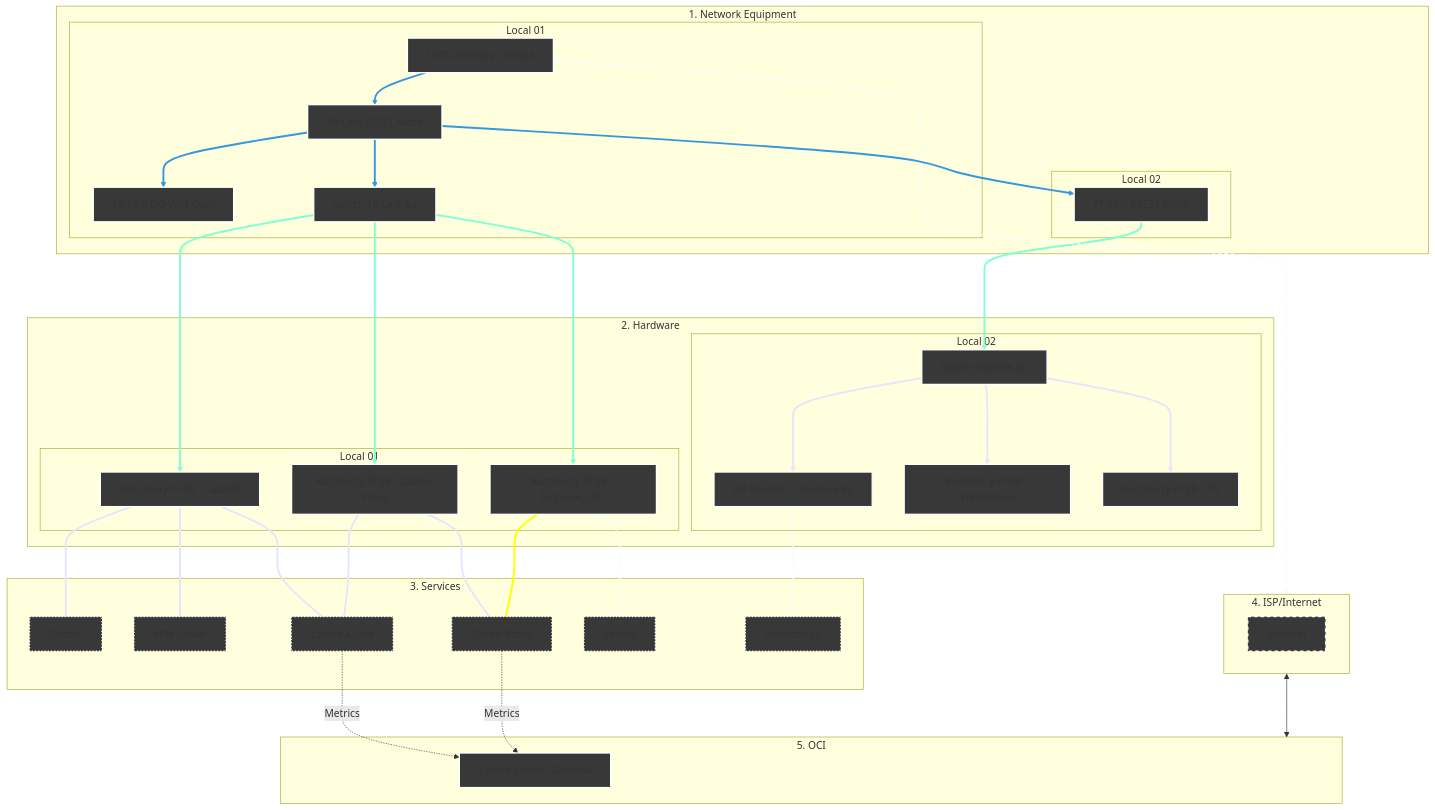
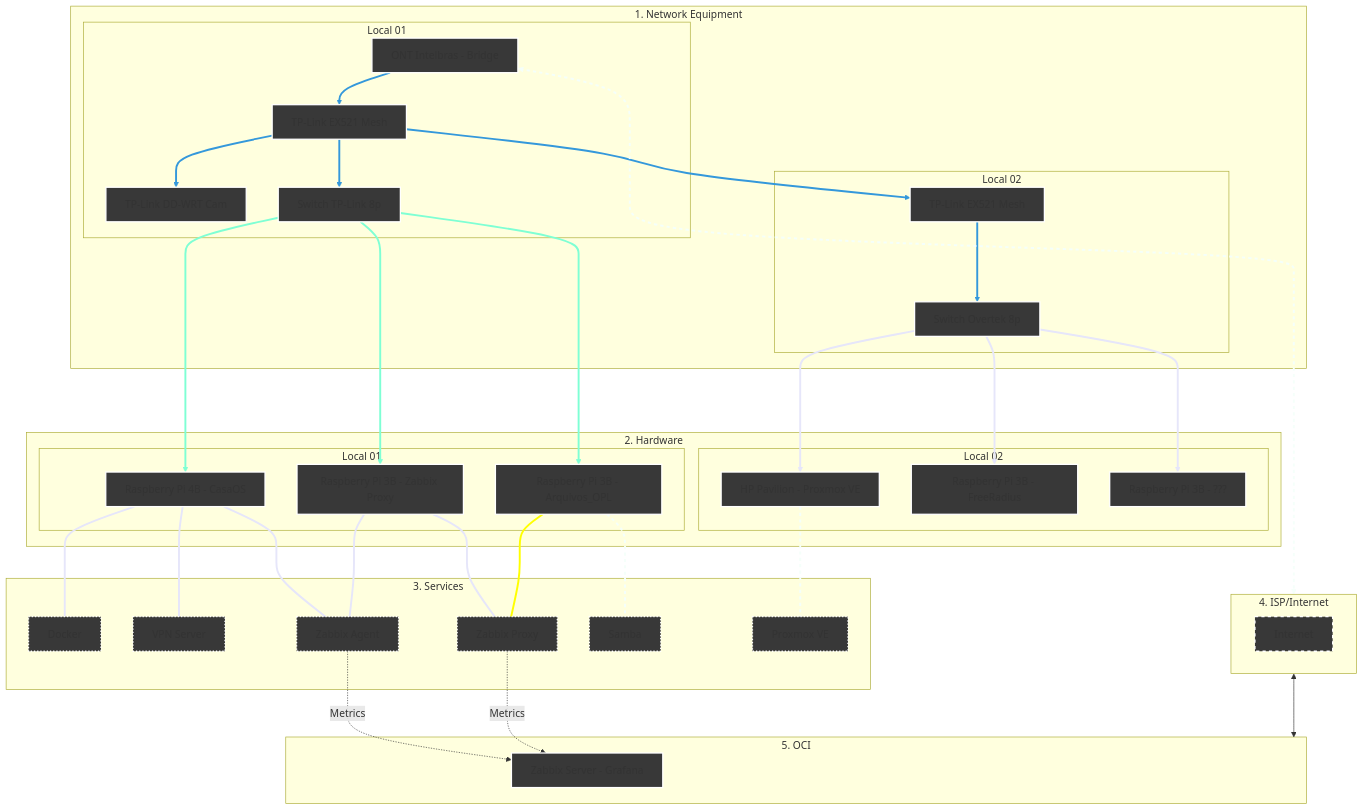
The diagram in Infrastructure/README.md (kevindexter22/Dr-Hardware-Autonet), drawn with Mermaid before and after one commit.

Commit message:
Revise network and hardware connections in README
Updated network and hardware connections in the diagram. Adjusted link styles for better visualization.

````diff
--- a/Infrastructure/README.md
+++ b/Infrastructure/README.md
@@ -13,75 +13,75 @@
 ```mermaid
 graph TD
     %% Styles
     classDef network fill:#383838,stroke:#FFFFFF,stroke-width:2px;
     classDef hardware fill:#383838,stroke:#FFFFFF,stroke-width:2px;
     classDef internet fill:#383838,stroke:#FFFFFF,stroke-width:2px,stroke-dasharray: 5 5;
     classDef services fill:#383838,stroke:#FFFFFF,stroke-width:2px, stroke-dasharray: 2 3;
     classDef oci fill:#383838,stroke:#FFFFFF,stroke-width:2px;
 
     %% 1. NETWORK EQUIPMENT
     subgraph Principal["1. Network Equipment"]
     subgraph S1 [Local 01]
         ONT[ONT Intelbras - Bridge]:::network --> R_Mesh1[TP-Link EX521 Mesh]:::network
         R_Mesh1 --> R_Cams[TP-Link DD-WRT Cam]:::network 
         R_Mesh1 --> SW1[Switch TP-Link 8p]:::network  
     end
     subgraph S2 [Local 02]
         R_Mesh1 --> R_Mesh2[TP-Link EX521 Mesh]:::network
+        R_Mesh2 ---> SW2[Switch Overtek 8p]:::network
     end
     end
     
     %% 2. HARDWARE
     subgraph Principal02["2. Hardware"]
     subgraph S3 [Local 01]
         SW1 ---> RPi3B_1[Raspberry Pi 3B - Arquivos_OPL]:::hardware
         SW1 ---> RPi4B[Raspberry Pi 4B - CasaOS]:::hardware
         SW1 ---> RPi3B_2[Raspberry Pi 3B - Zabbix Proxy]:::hardware
     end
     subgraph S4 [Local 02]
-        R_Mesh2 ---> SW2[Switch Overtek 8p]:::network
         SW2 ---> HP[HP Pavilion - Proxmox VE]:::hardware
         SW2 ---> RPi3B_3[Raspberry Pi 3B - FreeRadius]:::hardware
         SW2 ---> RPi3B_4[Raspberry Pi 3B - ???]:::hardware
     end
     end
 
     %% 3. SERVICES     
     subgraph S5 [3. Services];
         RPi4B --- Docker[Docker]:::services
         RPi4B --- VPN[VPN Server]:::services
         RPi4B --- ZA[Zabbix Agent]:::services
         RPi3B_2 --- ZA[Zabbix Agent]:::services
         RPi3B_2 --- ZP[Zabbix Proxy]:::services
         RPi3B_1 --- ZP[Zabbix Proxy]:::services
         RPi3B_1 --- SMB1[Samba]:::services
         HP --- PVE[Proxmox VE]:::services        
     end
 
     %% 4. Internet (The Bridge)
     subgraph S6 [4. ISP/Internet]
            internet[Internet]:::internet
     end
 
     %% 5. Oracle Cloud Infrastructure
     subgraph S7 [5. OCI]
         ZS[Zabbix Server - Grafana]:::oci
     end
 
     %% Conections of data flow
     ONT <--> S6
     S6 <--> S7
     
     %% Logical conections
     ZA -.-> |Metrics| ZS
     ZP -.-> |Metrics| ZS 
 
     %% --- Set collor on conections ---
     
-    linkStyle 0,1,2,3 stroke:#3498db,stroke-width:3px;
-    linkStyle 4,5,6,7 stroke:#7FFFD4,stroke-width:3px;
+    linkStyle 0,1,2,3,4 stroke:#3498db,stroke-width:3px;
+    linkStyle 5,6,7 stroke:#7FFFD4,stroke-width:3px;
     linkStyle 8,9,10,11,12,13,14,15 stroke:#E6E6FA,stroke-width:3px;
     linkStyle 16 stroke:#FFFF00,stroke-width:3px;
     linkStyle 17,18,19 stroke:#F5FFFA,stroke-width:3px,stroke-dasharray: 5 5;
 
 ```
````
